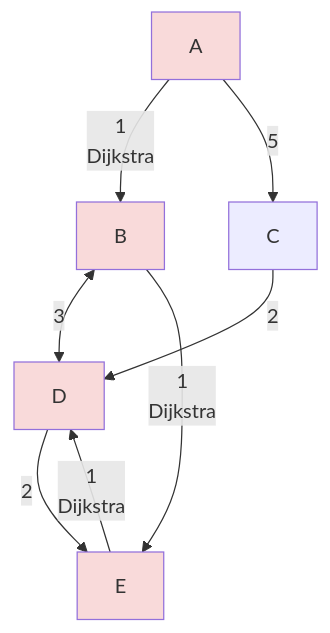
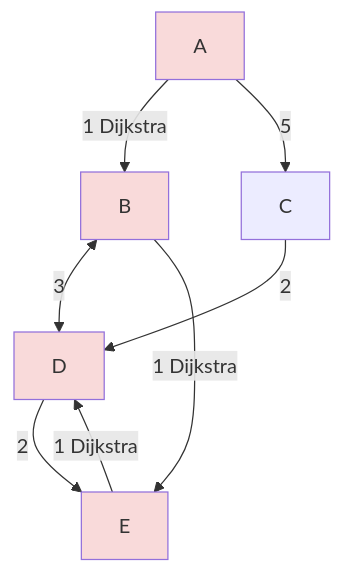
The sixth of 8 diagrams in introduction/les-algorithmes.md (P2Enjoy/academy-tutorial-python), drawn with Mermaid before and after one commit.

````diff
--- a/introduction/les-algorithmes.md
+++ b/introduction/les-algorithmes.md
@@ -836,17 +836,14 @@
 ```mermaid
 graph TD;
-    A--1 
-    Dijkstra-->B;
+    A--1     Dijkstra-->B;
     A--5-->C;
     B<--3-->D;
     C--2-->D;
     D--2-->E;
-    E--1
-    Dijkstra-->D;
-    B--1
-    Dijkstra-->E;
+    E--1     Dijkstra-->D;
+    B--1     Dijkstra-->E;
     style A fill:#f9dada
     style B fill:#f9dada
     style E fill:#f9dada
     style D fill:#f9dada
 ```
````
